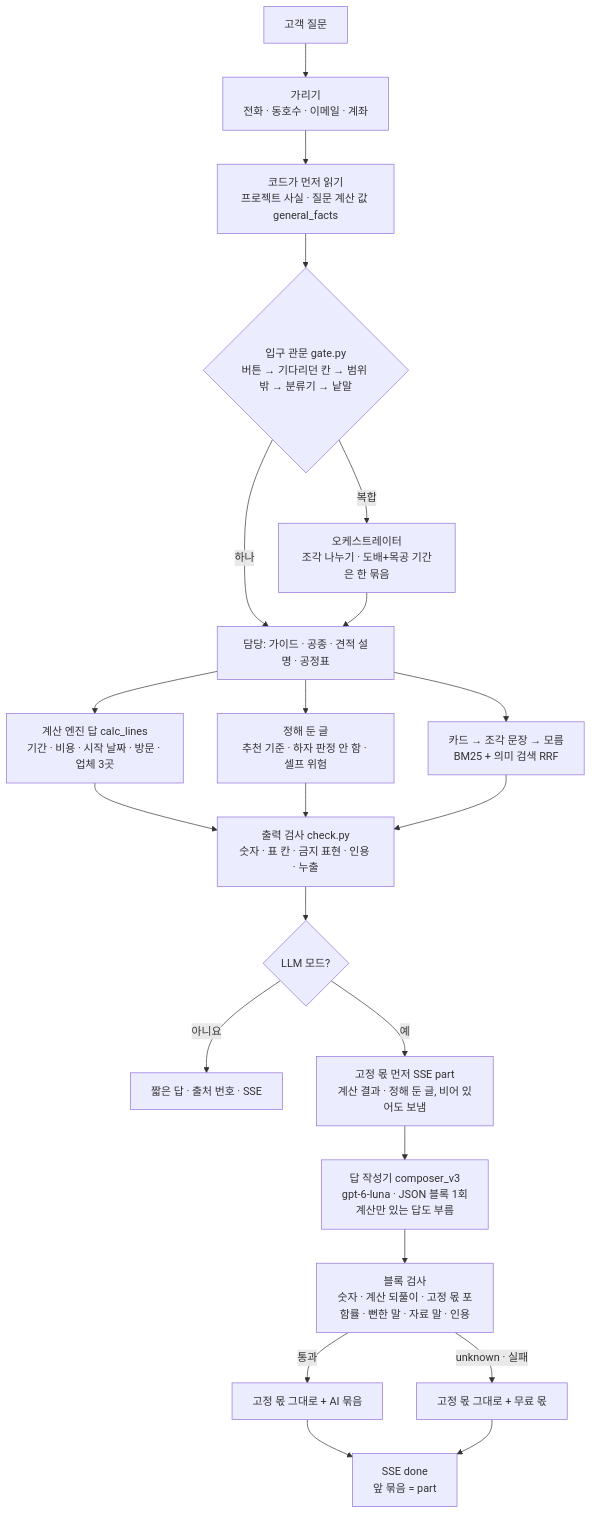
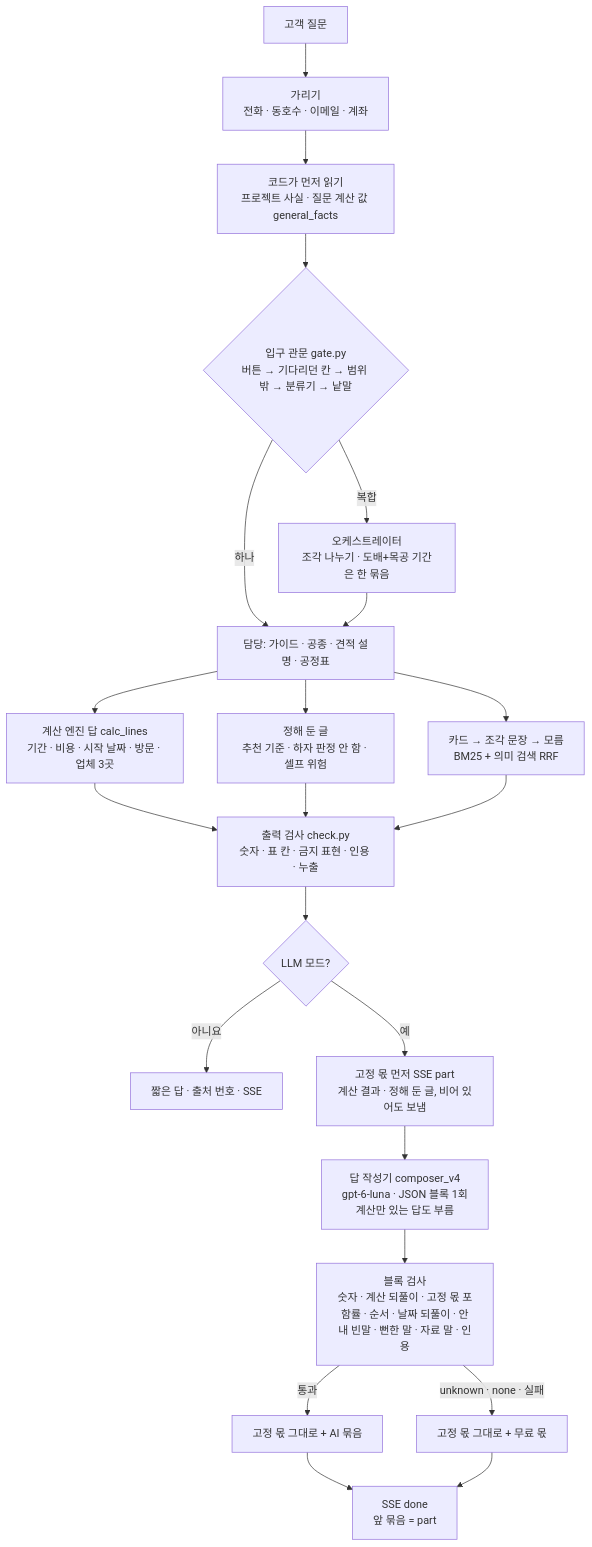
Before and after one commit to lsm15111/SKN34-FINAL-1TEAM: the diagram in docs/v3/agent-answer-format.md, drawn with Mermaid. The commit also changed other lines of this file and 6 other files, not shown here.

First line of the commit message:
prompt: 작성기 composer_v4로 고정 몫에 없는 새 사실만 쓰고 안내 빈말 빼기

````diff
--- a/docs/v3/agent-answer-format.md
+++ b/docs/v3/agent-answer-format.md
@@ -22,21 +22,21 @@
 ```mermaid
 flowchart TD
   Q[고객 질문] --> M[가리기<br/>전화 · 동호수 · 이메일 · 계좌]
   M --> F[코드가 먼저 읽기<br/>프로젝트 사실 · 질문 계산 값 general_facts]
   F --> G{입구 관문 gate.py<br/>버튼 → 기다리던 칸 → 범위 밖 → 분류기 → 낱말}
   G -->|하나| A[담당: 가이드 · 공종 · 견적 설명 · 공정표]
   G -->|복합| O[오케스트레이터<br/>조각 나누기 · 도배+목공 기간은 한 묶음]
   O --> A
   A --> C1[계산 엔진 답 calc_lines<br/>기간 · 비용 · 시작 날짜 · 방문 · 업체 3곳]
   A --> C2[정해 둔 글<br/>추천 기준 · 하자 판정 안 함 · 셀프 위험]
   A --> C3[카드 → 조각 문장 → 모름<br/>BM25 + 의미 검색 RRF]
   C1 & C2 & C3 --> K[출력 검사 check.py<br/>숫자 · 표 칸 · 금지 표현 · 인용 · 누출]
   K --> MODE{LLM 모드?}
   MODE -->|아니요| OUT[짧은 답 · 출처 번호 · SSE]
   MODE -->|예| D[고정 몫 먼저 SSE part<br/>계산 결과 · 정해 둔 글, 비어 있어도 보냄]
-  D --> L[답 작성기 composer_v3<br/>gpt-6-luna · JSON 블록 1회<br/>계산만 있는 답도 부름]
-  L --> K2[블록 검사<br/>숫자 · 계산 되풀이 · 고정 몫 포함률 · 뻔한 말 · 자료 말 · 인용]
+  D --> L[답 작성기 composer_v4<br/>gpt-6-luna · JSON 블록 1회<br/>계산만 있는 답도 부름]
+  L --> K2[블록 검사<br/>숫자 · 계산 되풀이 · 고정 몫 포함률 · 순서 · 날짜 되풀이 · 안내 빈말 · 뻔한 말 · 자료 말 · 인용]
   K2 -->|통과| P[고정 몫 그대로 + AI 묶음]
-  K2 -->|unknown · 실패| R[고정 몫 그대로 + 무료 몫]
+  K2 -->|unknown · none · 실패| R[고정 몫 그대로 + 무료 몫]
   P & R --> OUT2[SSE done<br/>앞 묶음 = part]
 ```
````
